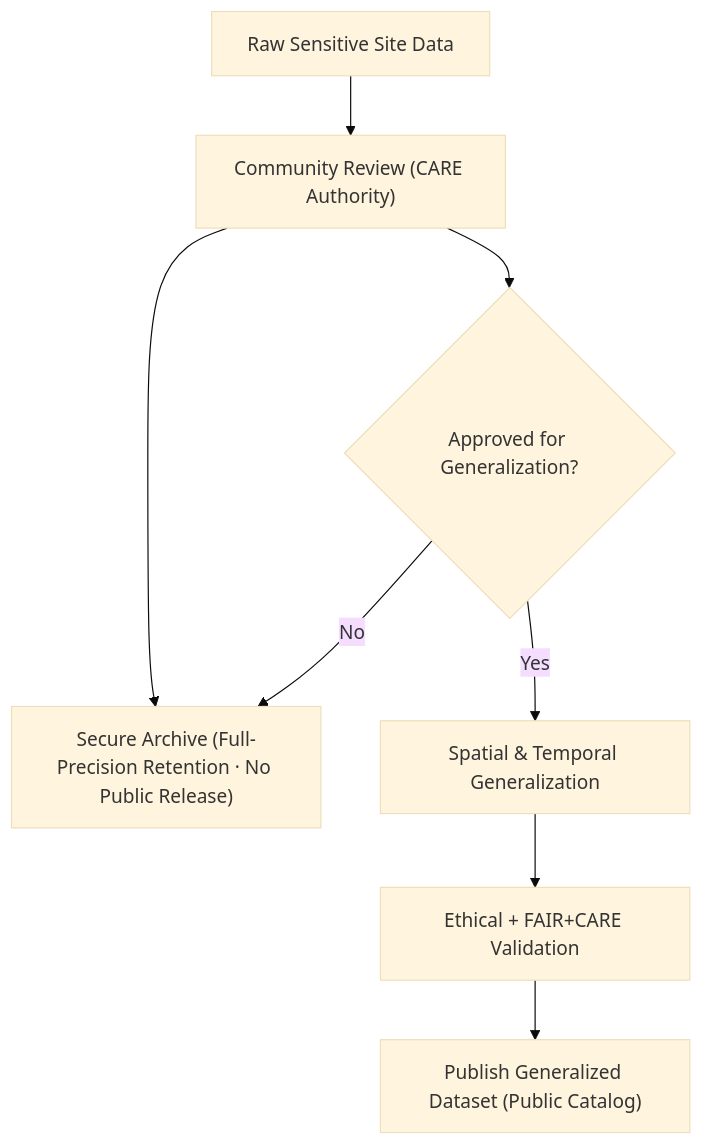
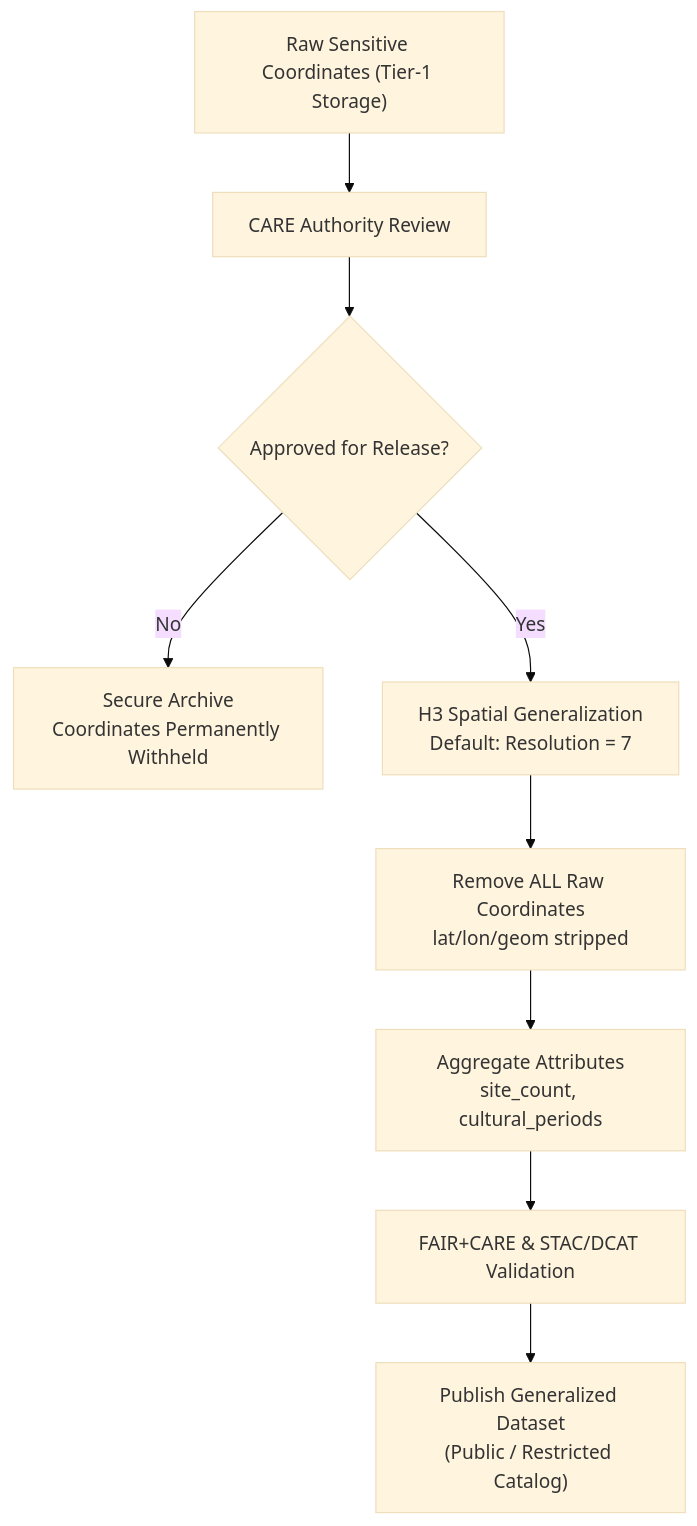
Before and after one commit to bartytime4life/Kansas-Frontier-Matrix: the diagram in docs/standards/data-generalization/README.md, drawn with Mermaid (base theme). The commit also changed other lines of this file, not shown here.

````diff
--- a/docs/standards/data-generalization/README.md
+++ b/docs/standards/data-generalization/README.md
@@ -137,10 +170,11 @@
 ```mermaid
 flowchart TD
-  A["Raw Sensitive Site Data"] --> B["Community Review (CARE Authority)"]
-  B --> C{"Approved for Generalization?"}
-  C -->|No| F["Secure Archive (Full-Precision Retention · No Public Release)"]
-  C -->|Yes| D["Spatial & Temporal Generalization"]
-  D --> E["Ethical + FAIR+CARE Validation"]
-  E --> G["Publish Generalized Dataset (Public Catalog)"]
-  B --> F
+A["Raw Sensitive Coordinates (Tier-1 Storage)"] --> B["CARE Authority Review"]
+B --> C{"Approved for Release?"}
+C -->|No| X["Secure Archive<br/>Coordinates Permanently Withheld"]
+C -->|Yes| D["H3 Spatial Generalization<br/>Default: Resolution = 7"]
+D --> E["Remove ALL Raw Coordinates<br/>lat/lon/geom stripped"]
+E --> F["Aggregate Attributes<br/>site_count, cultural_periods"]
+F --> G["FAIR+CARE & STAC/DCAT Validation"]
+G --> H["Publish Generalized Dataset<br/>(Public / Restricted Catalog)"]
 ```
````
